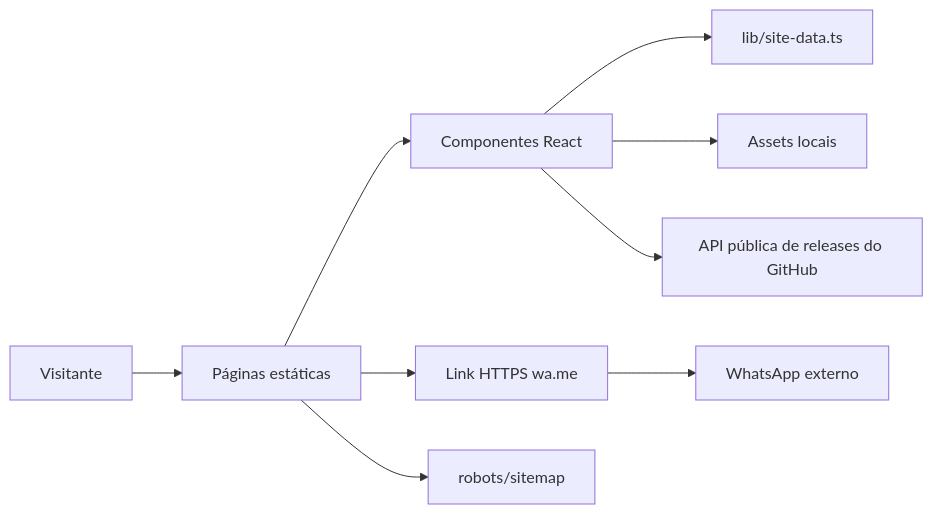
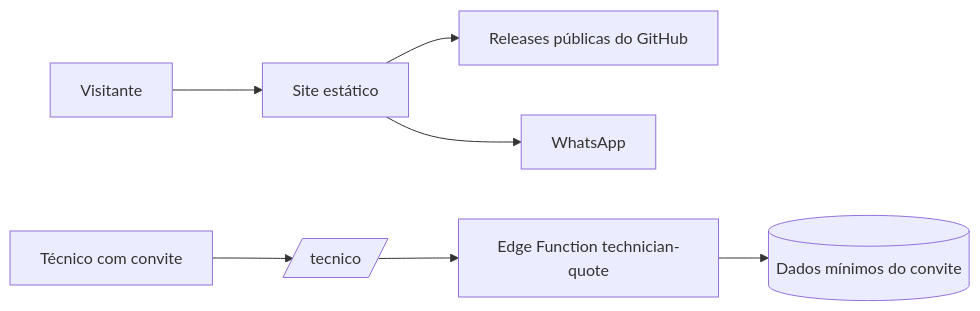
One commit to AssistenciaSimplificada/AssistenciaSimplificada.github.io changed the diagram in DOCUMENTACAO_COMPLETA.md. Above: the diagram before and after it, drawn with Mermaid. The commit also changed other lines of this file and 54 other files, not shown here.

````diff
--- a/DOCUMENTACAO_COMPLETA.md
+++ b/DOCUMENTACAO_COMPLETA.md
@@ -32,11 +20,9 @@
 ```mermaid
 flowchart LR
-  V[Visitante] --> P[Páginas estáticas]
-  P --> C[Componentes React]
-  C --> D[lib/site-data.ts]
-  C --> A[Assets locais]
-  C --> G[API pública de releases do GitHub]
-  P --> W[Link HTTPS wa.me]
-  W --> X[WhatsApp externo]
-  P --> R[robots/sitemap]
+  V[Visitante] --> S[Site estático]
+  S --> G[Releases públicas do GitHub]
+  S --> W[WhatsApp]
+  T[Técnico com convite] --> P[/tecnico/]
+  P --> E[Edge Function technician-quote]
+  E --> D[(Dados mínimos do convite)]
 ```
````
